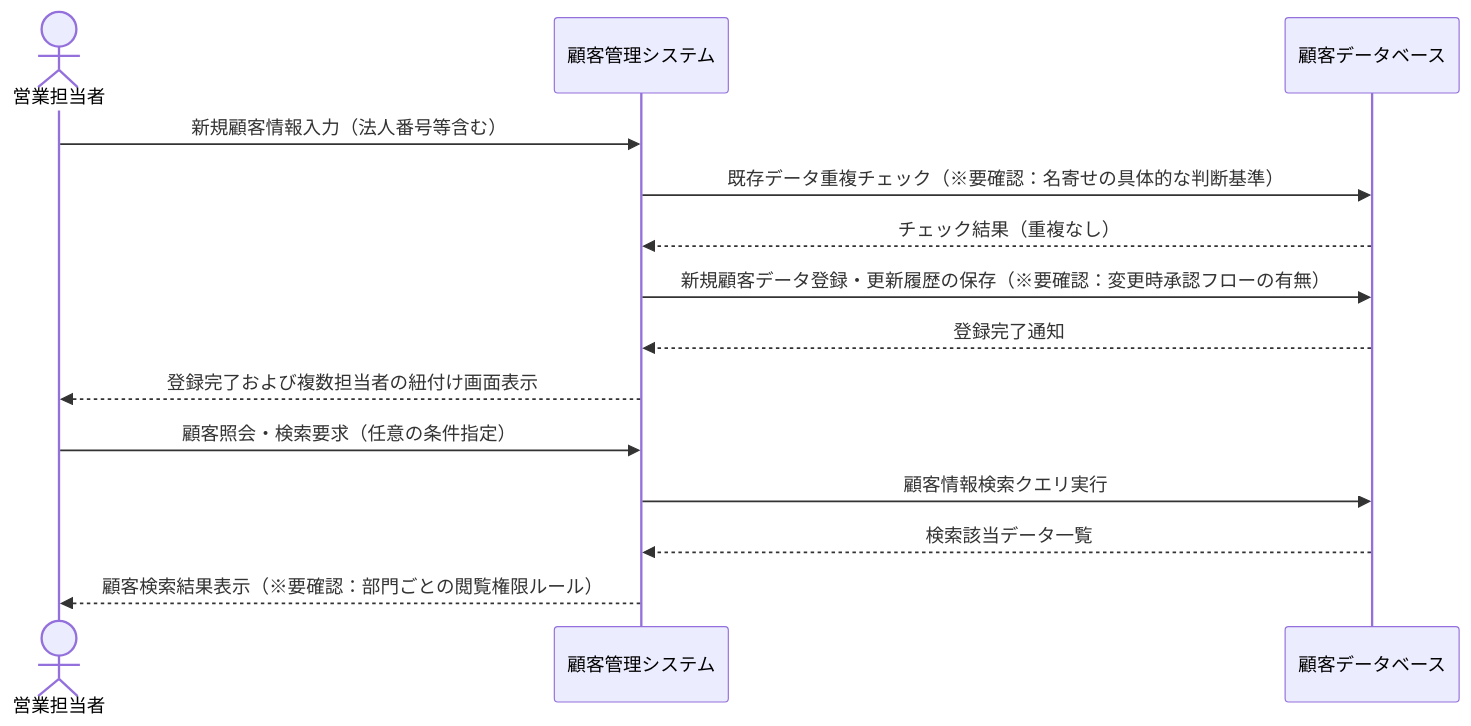
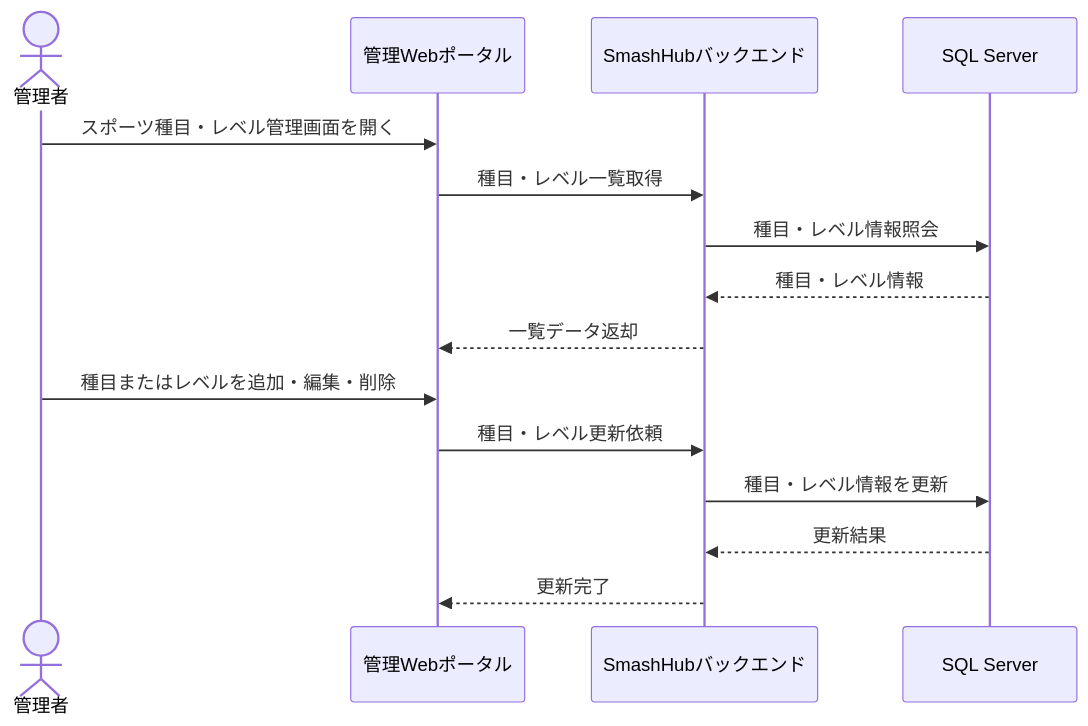
The third of 14 diagrams in .gear/smashhub/business-flow.md (Huy19N/SmashHub), drawn with Mermaid before and after one commit. The commit also changed other lines of this file and 4 other files, not shown here.

````diff
--- a/.gear/smashhub/business-flow.md
+++ b/.gear/smashhub/business-flow.md
@@ -21,16 +109,17 @@
 ```mermaid
 sequenceDiagram
-    actor sales as 営業担当者
-    participant system as 顧客管理システム
-    participant db as 顧客データベース
-    sales->>system: 新規顧客情報入力（法人番号等含む）
-    system->>db: 既存データ重複チェック（※要確認：名寄せの具体的な判断基準）
-    db-->>system: チェック結果（重複なし）
-    system->>db: 新規顧客データ登録・更新履歴の保存（※要確認：変更時承認フローの有無）
-    db-->>system: 登録完了通知
-    system-->>sales: 登録完了および複数担当者の紐付け画面表示
-    sales->>system: 顧客照会・検索要求（任意の条件指定）
-    system->>db: 顧客情報検索クエリ実行
-    db-->>system: 検索該当データ一覧
-    system-->>sales: 顧客検索結果表示（※要確認：部門ごとの閲覧権限ルール）
+    actor admin as 管理者
+    participant admin_web as 管理Webポータル
+    participant backend as SmashHubバックエンド
+    participant db as SQL Server
+    admin->>admin_web: スポーツ種目・レベル管理画面を開く
+    admin_web->>backend: 種目・レベル一覧取得
+    backend->>db: 種目・レベル情報照会
+    db-->>backend: 種目・レベル情報
+    backend-->>admin_web: 一覧データ返却
+    admin->>admin_web: 種目またはレベルを追加・編集・削除
+    admin_web->>backend: 種目・レベル更新依頼
+    backend->>db: 種目・レベル情報を更新
+    db-->>backend: 更新結果
+    backend-->>admin_web: 更新完了
 ```
````
